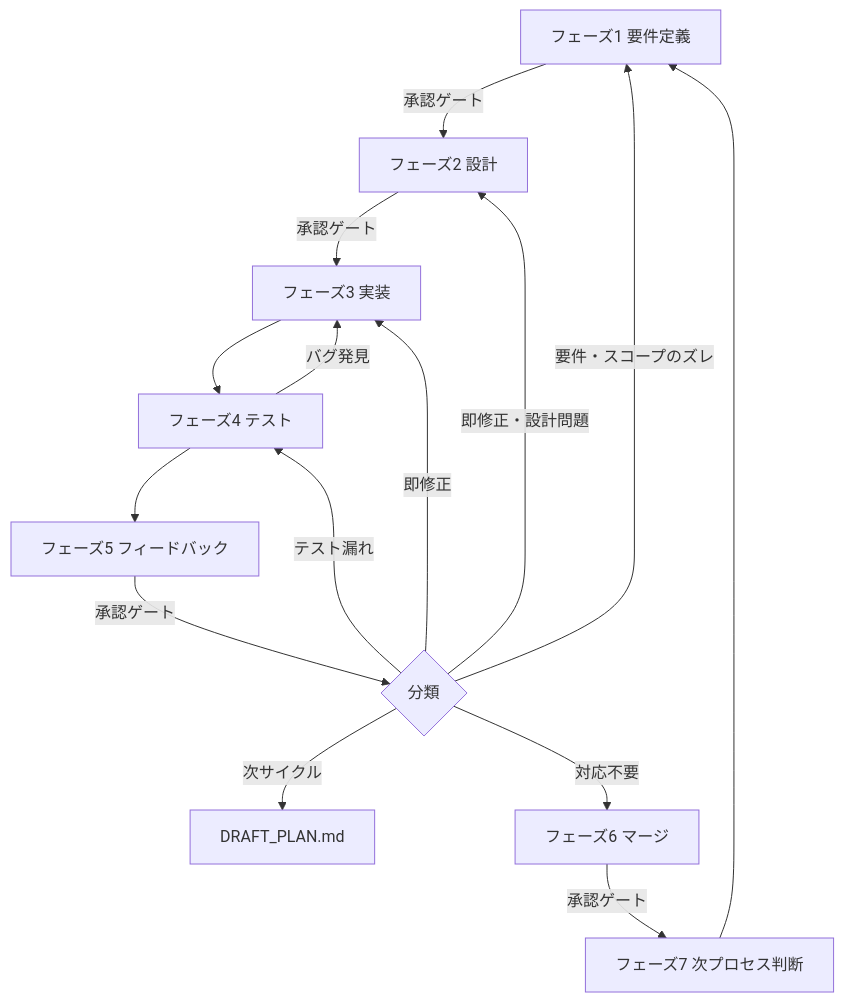
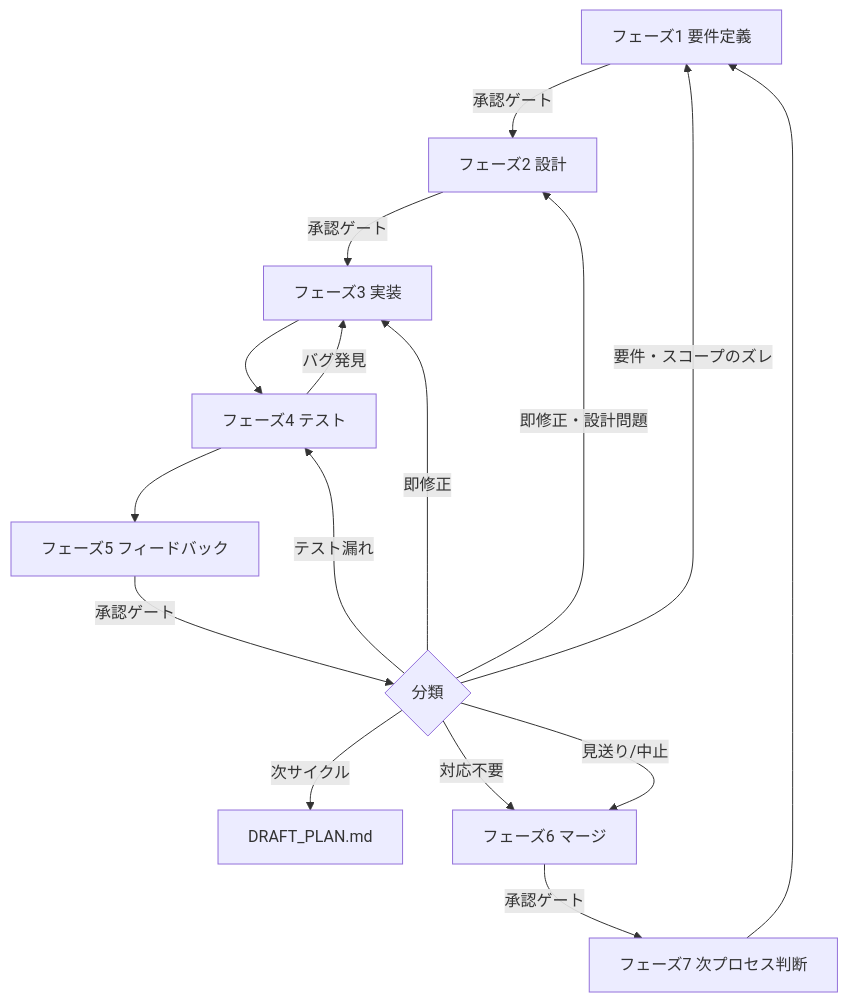
One commit to a-nishioka/docs-vibe-coding-process-definition changed the first of 4 diagrams in docs/PROCESS.md. Above: the diagram before and after it, drawn with Mermaid. The commit also changed other lines of this file and 5 other files, not shown here.

````diff
--- a/docs/PROCESS.md
+++ b/docs/PROCESS.md
@@ -10,17 +10,18 @@
 ```mermaid
 flowchart TD
     A[フェーズ1 要件定義] -->|承認ゲート| B[フェーズ2 設計]
     B -->|承認ゲート| C[フェーズ3 実装]
     C --> D[フェーズ4 テスト]
     D -->|バグ発見| C
     D --> E[フェーズ5 フィードバック]
     E -->|承認ゲート| F{分類}
     F -->|即修正| C
     F -->|即修正・設計問題| B
     F -->|テスト漏れ| D
     F -->|要件・スコープのズレ| A
     F -->|次サイクル| G[DRAFT_PLAN.md]
     F -->|対応不要| H[フェーズ6 マージ]
+    F -->|見送り/中止| H
     H -->|承認ゲート| I[フェーズ7 次プロセス判断]
     I --> A
 ```
````
